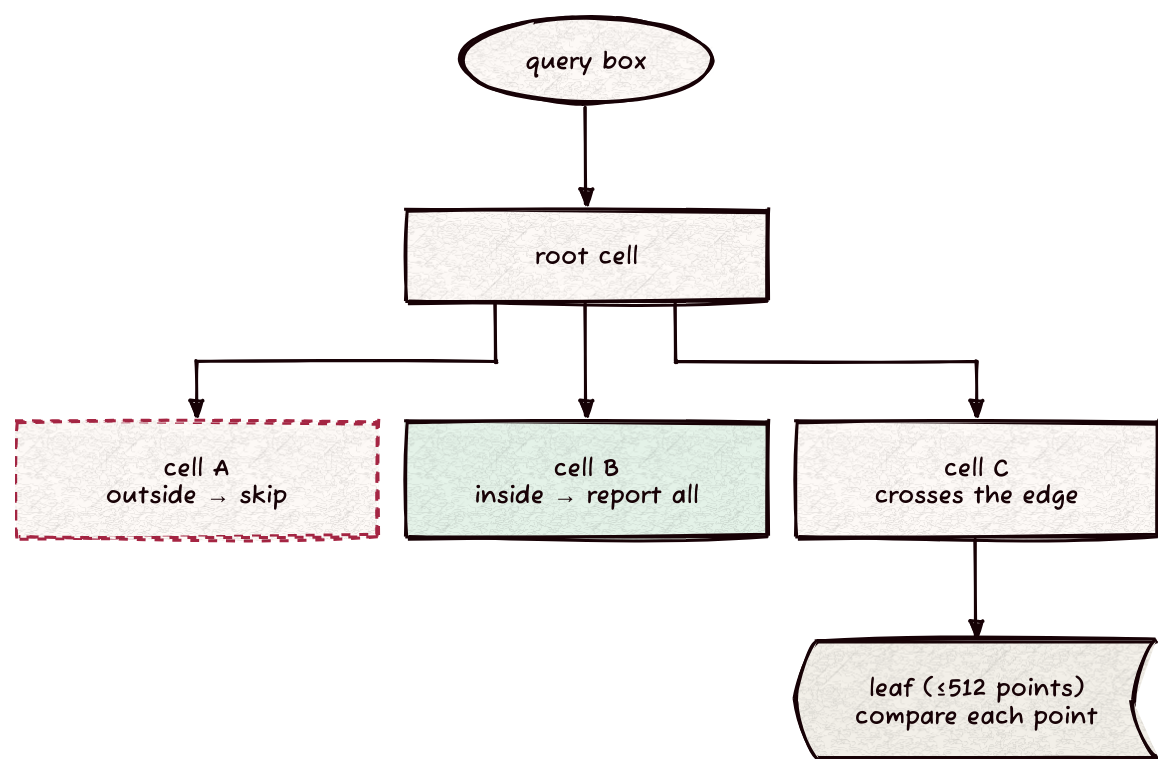
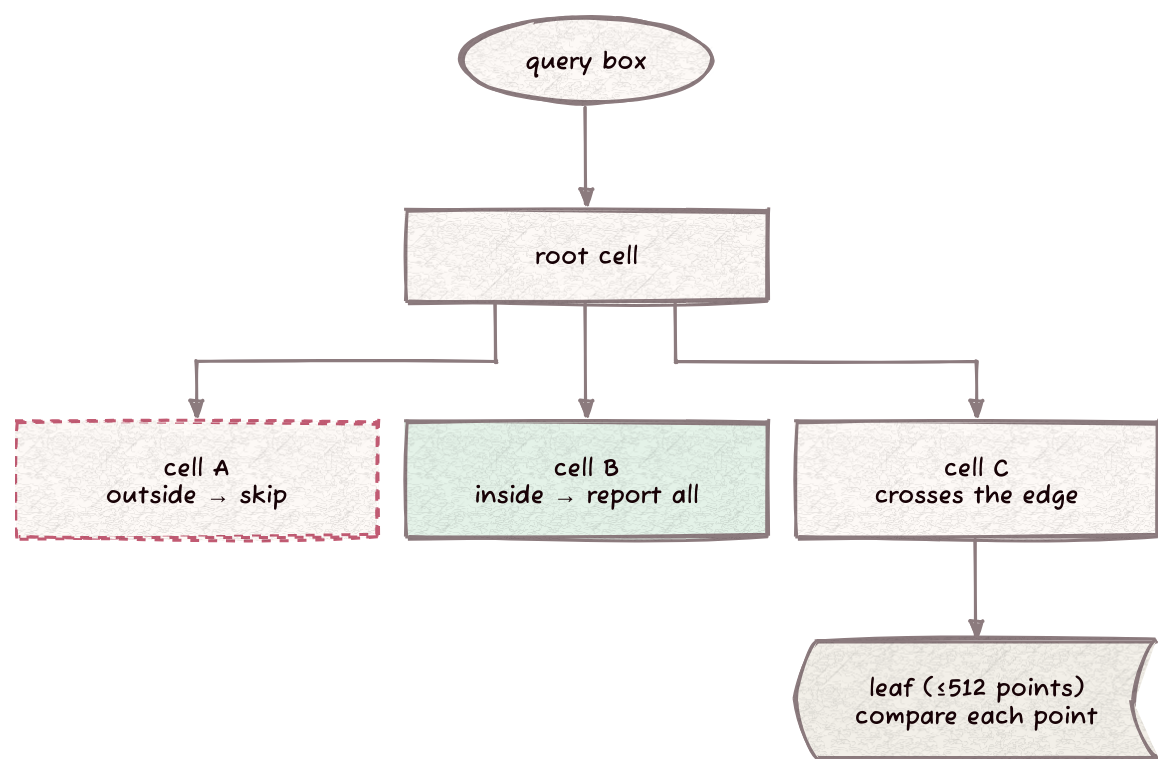
Before and after one commit to Kronuz/bkd: the diagram in docs/bkd.d2, drawn with D2. The commit also changed 1 other file, not shown here.

Commit message:
Render the README diagram for light and dark pages
A transparent background, mid-tone lines and mid-tone edge labels let
the one SVG read on GitHub's light and dark themes; the header carries
the settings so a plain `d2` renders it the same way.

[skip ci]

```diff
--- a/docs/bkd.d2
+++ b/docs/bkd.d2
@@ -1,15 +1,17 @@
 # bkd: prune by cell boxes.
-# Render: d2 --layout elk --sketch --theme 302 docs/bkd.d2 docs/bkd.svg
-vars: { d2-config: { layout-engine: elk; theme-id: 302; sketch: true; pad: 24 } }
+# Render: d2 docs/bkd.d2 docs/bkd.svg
+vars: { d2-config: { layout-engine: elk; theme-id: 302; sketch: true; pad: 24; theme-overrides: { B1: "#8C7B7E"; B2: "#C25B73"; N2: "#C25B73" } } }
+style.fill: transparent
+
 direction: down
 q: "query box" {shape: oval}
 root: "root cell" {width: 240}
 a: "cell A\noutside → skip" {style.stroke-dash: 3; width: 240}
 b: "cell B\ninside → report all" {style.fill: "#e6f4ea"; width: 240}
 c: "cell C\ncrosses the edge" {width: 240}
 leaf: "leaf (≤512 points)\ncompare each point" {shape: stored_data; style.fill: "#F4F1EA"; width: 240}
 q -> root
 root -> a
 root -> b
 root -> c
 c -> leaf
```
